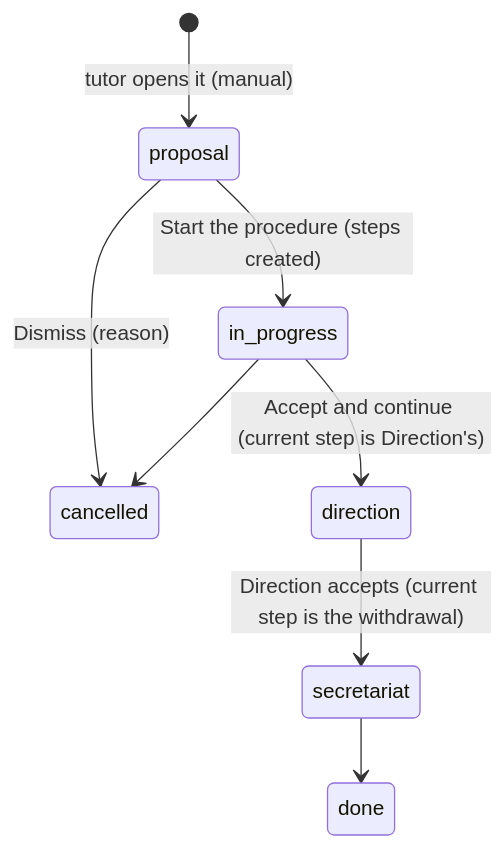
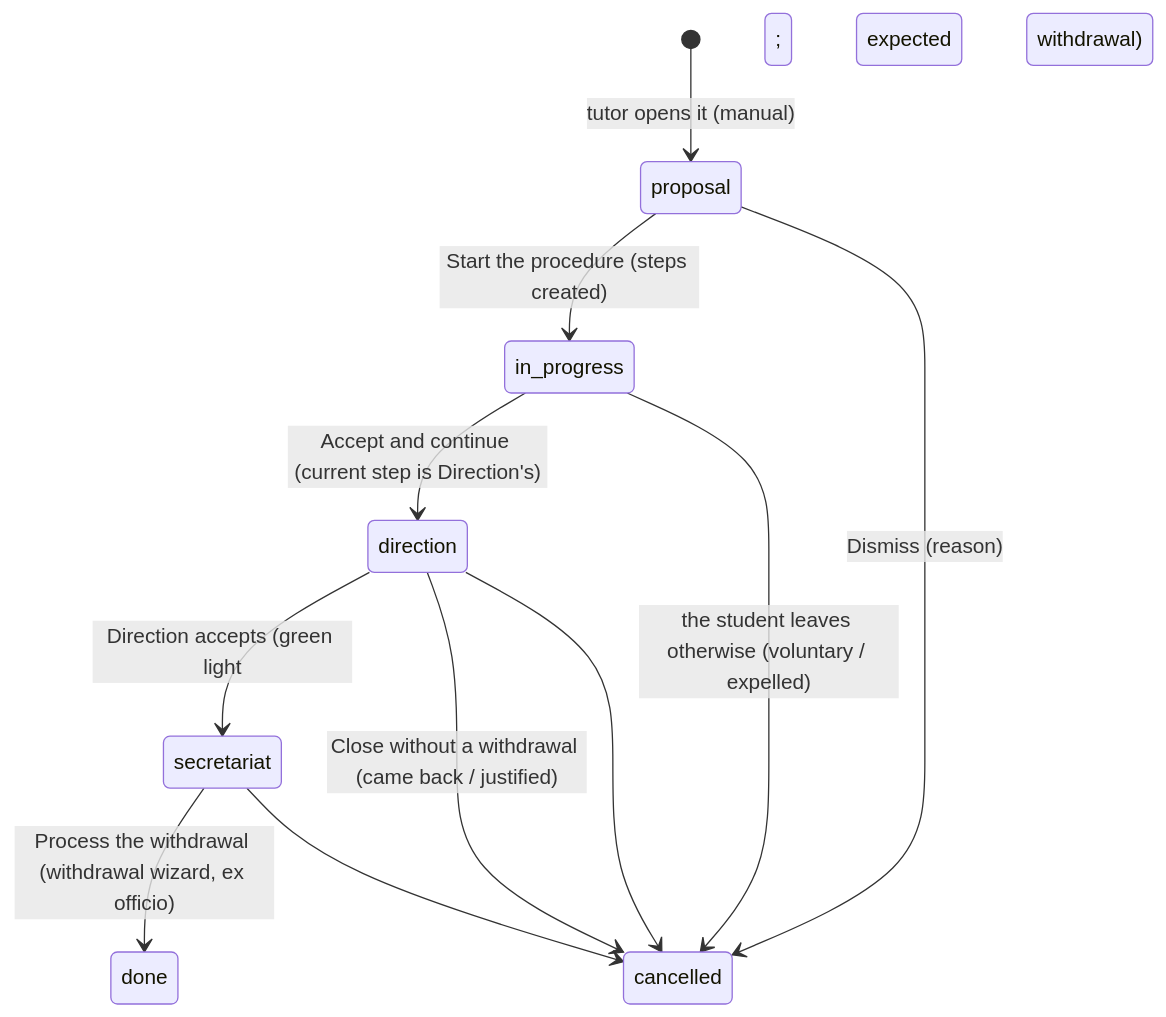
One commit to ElPuig/EMS changed the diagram in docs/en/developers/contacts/ex_officio_withdrawal.md. Above: the diagram before and after it, drawn with Mermaid. The commit also changed other lines of this file and 15 other files, not shown here.

Commit message:
726: phase 4, Direction's green light (expected withdrawal) or closing without one, the Secretariat processes the ex officio withdrawal, withdrawal mode on students, version 18.0.0.46.0

````diff
--- a/docs/en/developers/contacts/ex_officio_withdrawal.md
+++ b/docs/en/developers/contacts/ex_officio_withdrawal.md
@@ -84,10 +84,13 @@
 ```mermaid
 stateDiagram-v2
     [*] --> proposal: tutor opens it (manual)
     proposal --> in_progress: Start the procedure (steps created)
     proposal --> cancelled: Dismiss (reason)
     in_progress --> direction: Accept and continue (current step is Direction's)
-    direction --> secretariat: Direction accepts (current step is the withdrawal)
-    secretariat --> done
-    in_progress --> cancelled
+    direction --> secretariat: Direction accepts (green light; expected withdrawal)
+    direction --> cancelled: Close without a withdrawal (came back / justified)
+    secretariat --> done: Process the withdrawal (withdrawal wizard, ex officio)
+    in_progress --> cancelled: the student leaves otherwise (voluntary / expelled)
+    direction --> cancelled
+    secretariat --> cancelled
 ```
````
